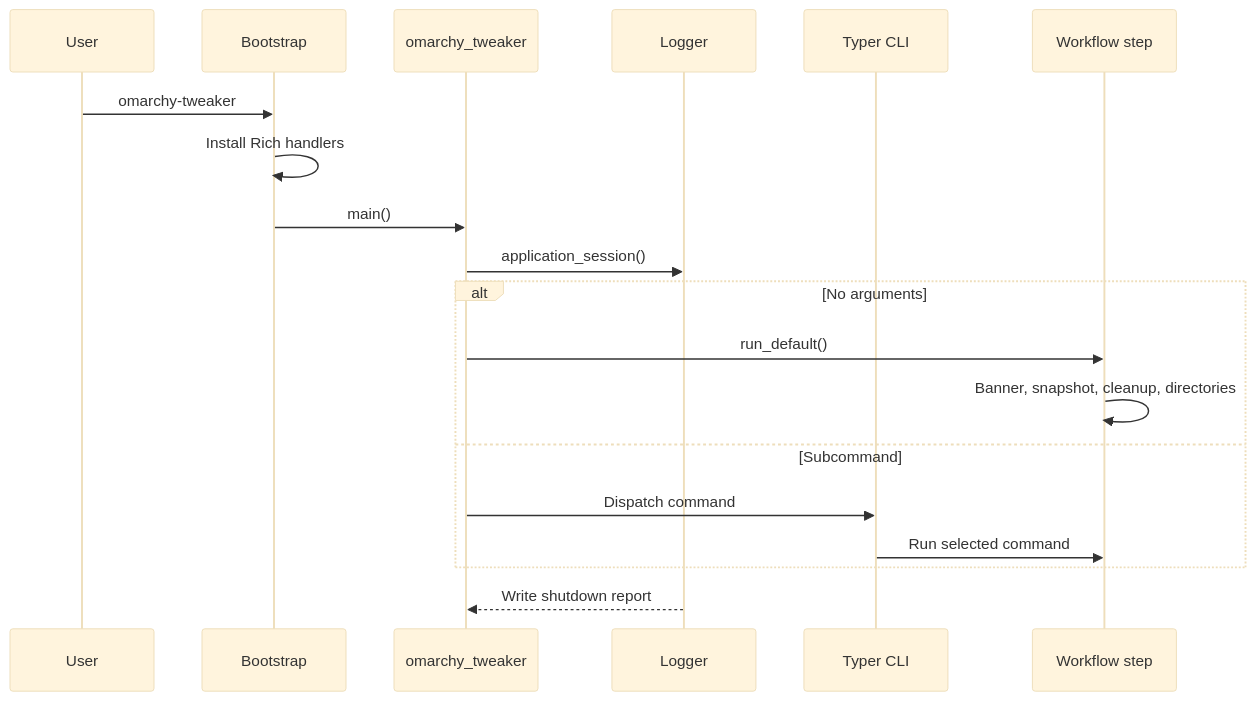
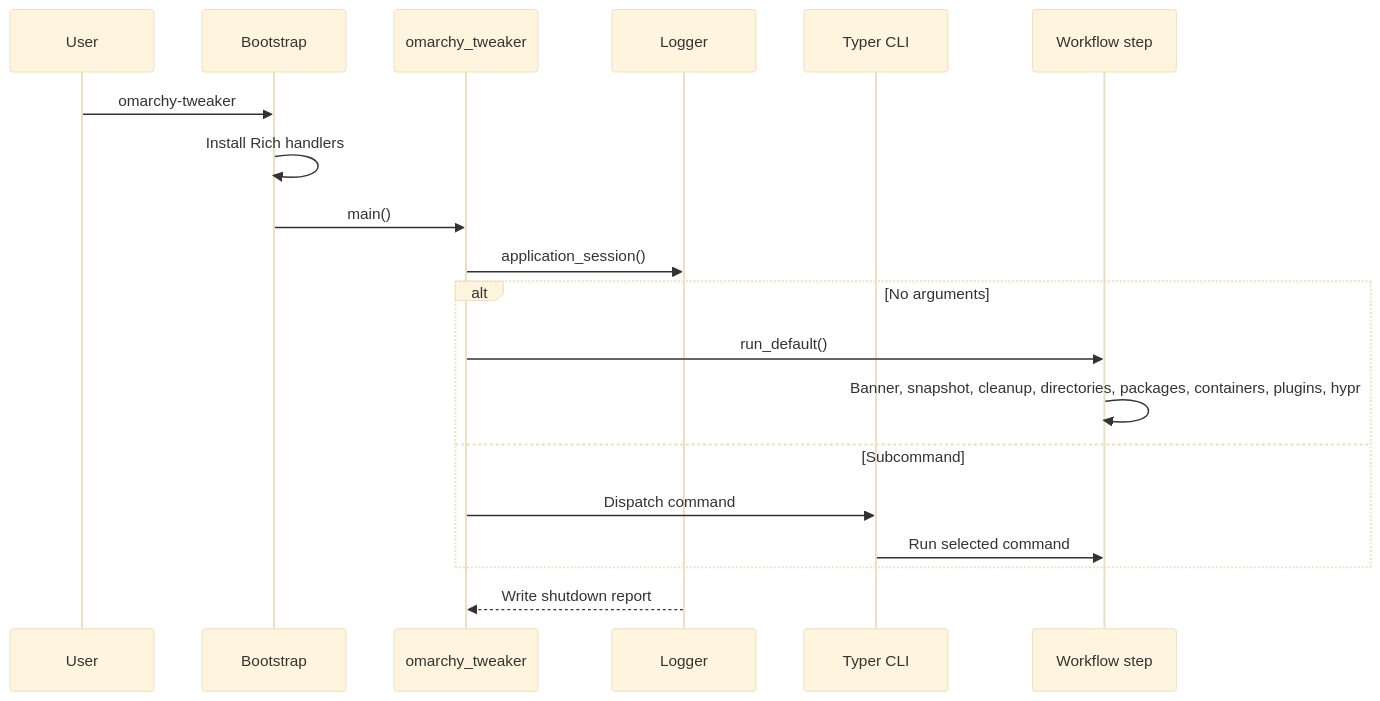
The second of 3 diagrams in docs/architecture.md (Armoghans-Organization/Omarchy-Tweaker), drawn with Mermaid (base theme) before and after one commit. The commit also changed other lines of this file and 20 other files, not shown here.

````diff
--- a/docs/architecture.md
+++ b/docs/architecture.md
@@ -36,21 +40,21 @@
 ```mermaid
 sequenceDiagram
     participant User
     participant Bootstrap
     participant App as omarchy_tweaker
     participant Logger
     participant CLI as Typer CLI
     participant Step as Workflow step
     User->>Bootstrap: omarchy-tweaker
     Bootstrap->>Bootstrap: Install Rich handlers
     Bootstrap->>App: main()
     App->>Logger: application_session()
     alt No arguments
         App->>Step: run_default()
-        Step->>Step: Banner, snapshot, cleanup, directories
+        Step->>Step: Banner, snapshot, cleanup, directories, packages, containers, plugins, hypr
     else Subcommand
         App->>CLI: Dispatch command
         CLI->>Step: Run selected command
     end
     Logger-->>App: Write shutdown report
 ```
````
